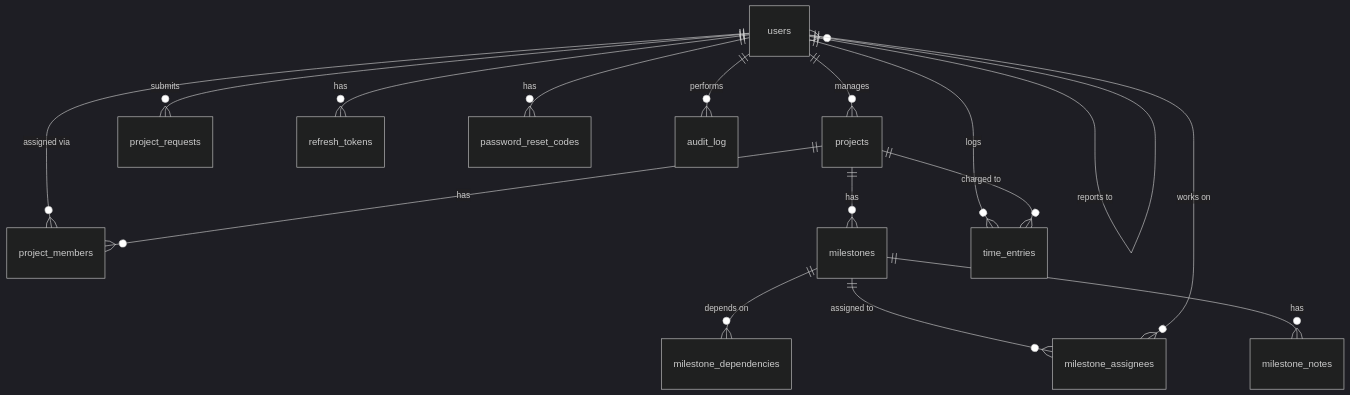
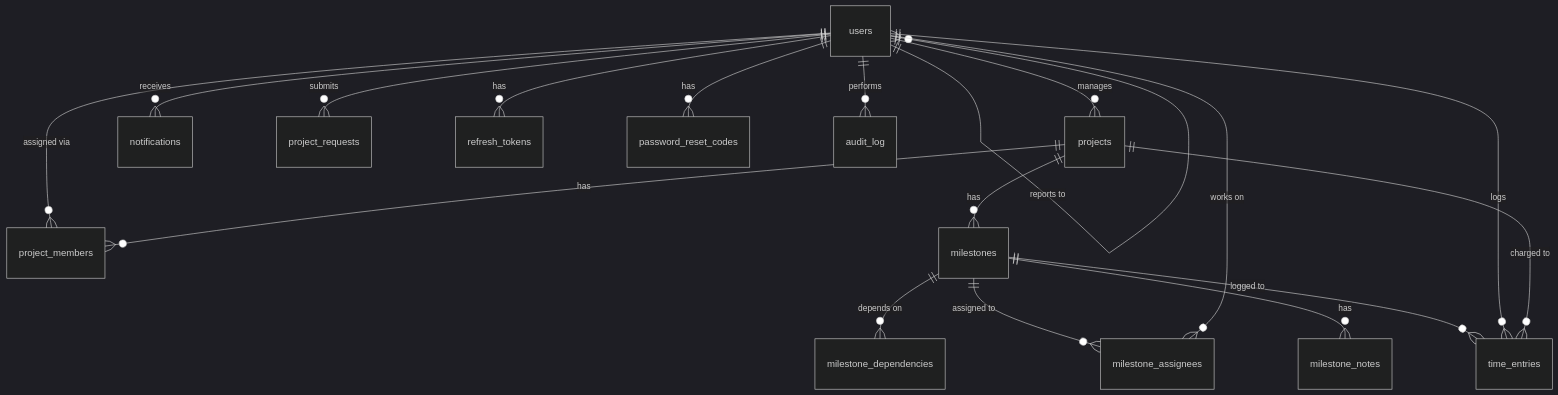
One commit to RootMoataz/citi-overwatch changed the third of 3 diagrams in docs/superpowers/specs/2026-10-13-citi-overwatch-design.md. Above: the diagram before and after it, drawn with Mermaid (dark theme). The commit also changed other lines of this file and 1 other file, not shown here.

Commit message:
Spec and plan: every time entry needs approval; 40h becomes a one-time budget alert with breakdown and forecast

````diff
--- a/docs/superpowers/specs/2026-10-13-citi-overwatch-design.md
+++ b/docs/superpowers/specs/2026-10-13-citi-overwatch-design.md
@@ -279,18 +297,20 @@
 ```mermaid
 erDiagram
   users ||--o{ users : "reports to"
   users ||--o{ projects : manages
   users ||--o{ project_members : "assigned via"
   projects ||--o{ project_members : has
   projects ||--o{ milestones : has
   milestones ||--o{ milestone_dependencies : "depends on"
   milestones ||--o{ milestone_assignees : "assigned to"
   users ||--o{ milestone_assignees : "works on"
   milestones ||--o{ milestone_notes : has
+  milestones ||--o{ time_entries : "logged to"
+  users ||--o{ notifications : receives
   users ||--o{ time_entries : logs
   projects ||--o{ time_entries : "charged to"
   users ||--o{ project_requests : submits
   users ||--o{ refresh_tokens : has
   users ||--o{ password_reset_codes : has
   users ||--o{ audit_log : performs
 ```
````
